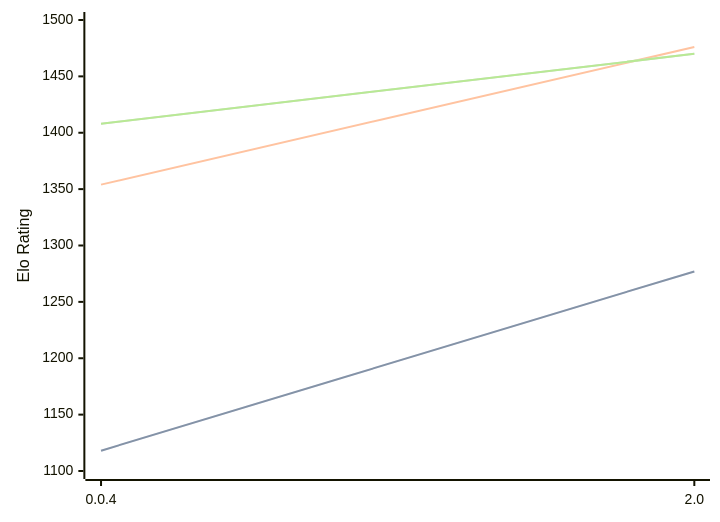
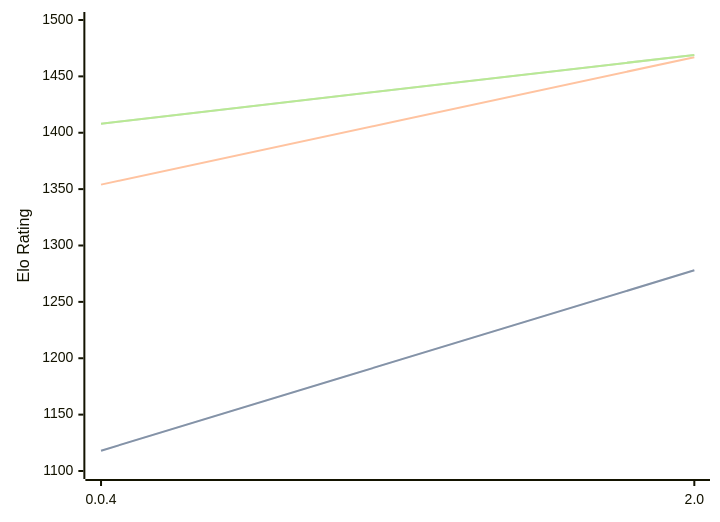
The diagram in engines/Oops!Mate.md (computer-chess-index/cci), drawn with Mermaid before and after one commit. The commit also changed other lines of this file, not shown here.

Commit message:
Update CCI Ratings (ELO VLTC) - 2026-04-13

````diff
--- a/engines/Oops!Mate.md
+++ b/engines/Oops!Mate.md
@@ -51,11 +51,11 @@
 ```mermaid
 %%{init: {"theme":"base","themeVariables":{"seriesColors:['#a3a3a3','#222221','#faa371']}}}%%
 xychart-beta
   x-axis ["0.0.4", "2.0"]
   y-axis "Elo Rating" 1100 --> 1500
-  line "STC (8.0+0.08s)" [1118, 1277]
-  line "STC (8.0+0.08s)" [1118, 1277]
-  line "LTC (60.0+0.60s)" [1354, 1476]
-  line "VLTC (2m24s+1.12s)" [1408, 1470]
-  line "VLTC (2m24s+1.12s)" [1408, 1470]
+  line "STC (8.0+0.08s)" [1118, 1278]
+  line "STC (8.0+0.08s)" [1118, 1278]
+  line "LTC (60.0+0.60s)" [1354, 1467]
+  line "VLTC (2m24s+1.12s)" [1408, 1469]
+  line "VLTC (2m24s+1.12s)" [1408, 1469]
 ```
````
